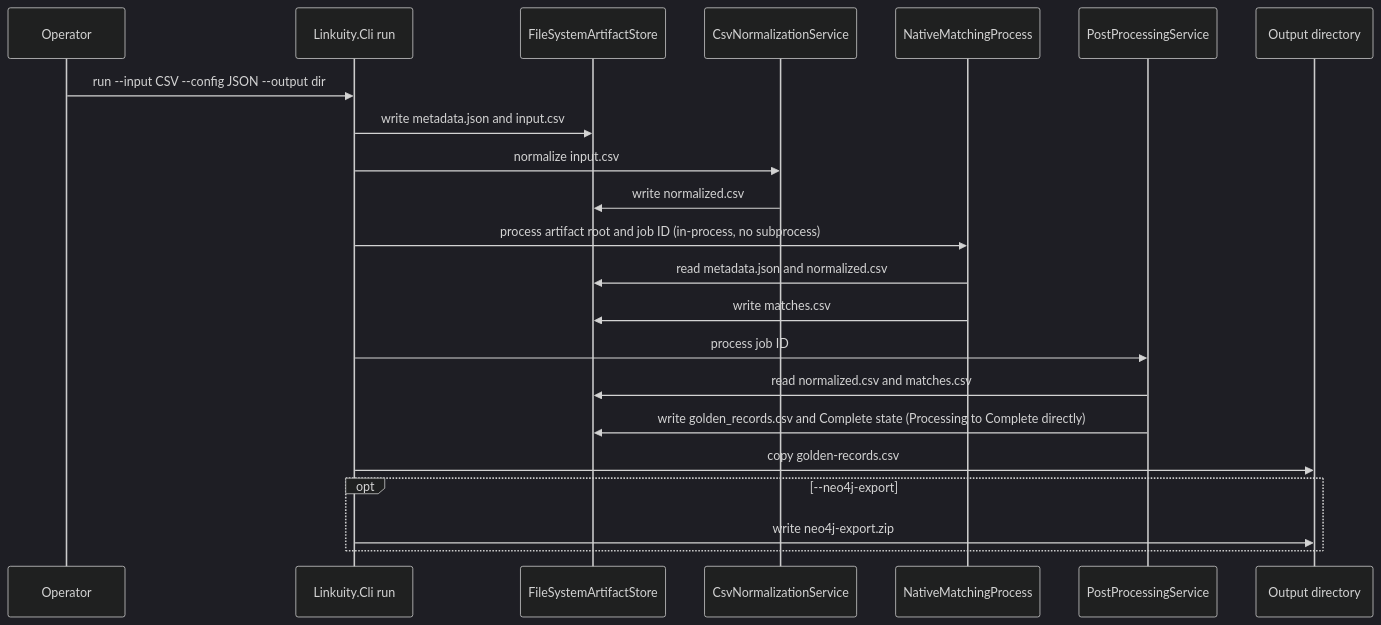
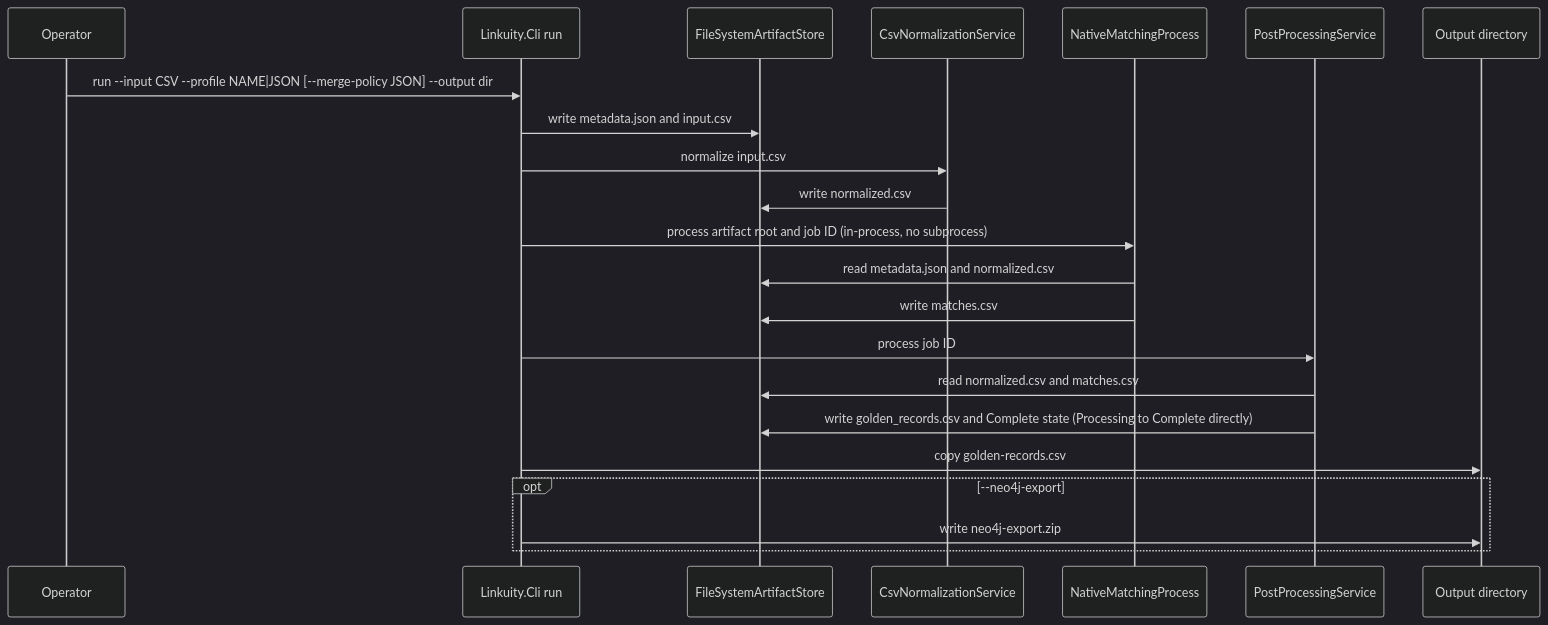
One commit to linkuity/linkuity changed the second of 5 diagrams in docs/architecture.md. Above: the diagram before and after it, drawn with Mermaid (dark theme). The commit also changed other lines of this file and 20 other files, not shown here.

Commit message:
docs: rewrite for unified profile config; surface taxonomies; changelog

````diff
--- a/docs/architecture.md
+++ b/docs/architecture.md
@@ -112,25 +112,25 @@
 ```mermaid
 sequenceDiagram
     participant Operator
     participant CLI as Linkuity.Cli run
     participant Artifacts as FileSystemArtifactStore
     participant Normalizer as CsvNormalizationService
     participant Native as NativeMatchingProcess
     participant Pipeline as PostProcessingService
     participant Output as Output directory
 
-    Operator->>CLI: run --input CSV --config JSON --output dir
+    Operator->>CLI: run --input CSV --profile NAME|JSON [--merge-policy JSON] --output dir
     CLI->>Artifacts: write metadata.json and input.csv
     CLI->>Normalizer: normalize input.csv
     Normalizer->>Artifacts: write normalized.csv
     CLI->>Native: process artifact root and job ID (in-process, no subprocess)
     Native->>Artifacts: read metadata.json and normalized.csv
     Native->>Artifacts: write matches.csv
     CLI->>Pipeline: process job ID
     Pipeline->>Artifacts: read normalized.csv and matches.csv
     Pipeline->>Artifacts: write golden_records.csv and Complete state (Processing to Complete directly)
     CLI->>Output: copy golden-records.csv
     opt --neo4j-export
         CLI->>Output: write neo4j-export.zip
     end
 ```
````
